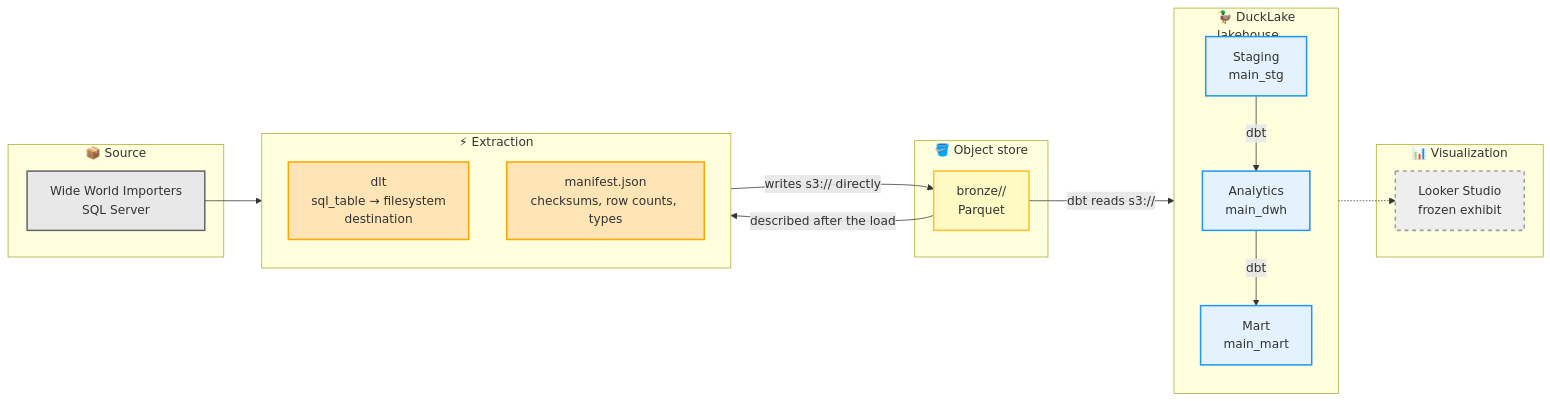
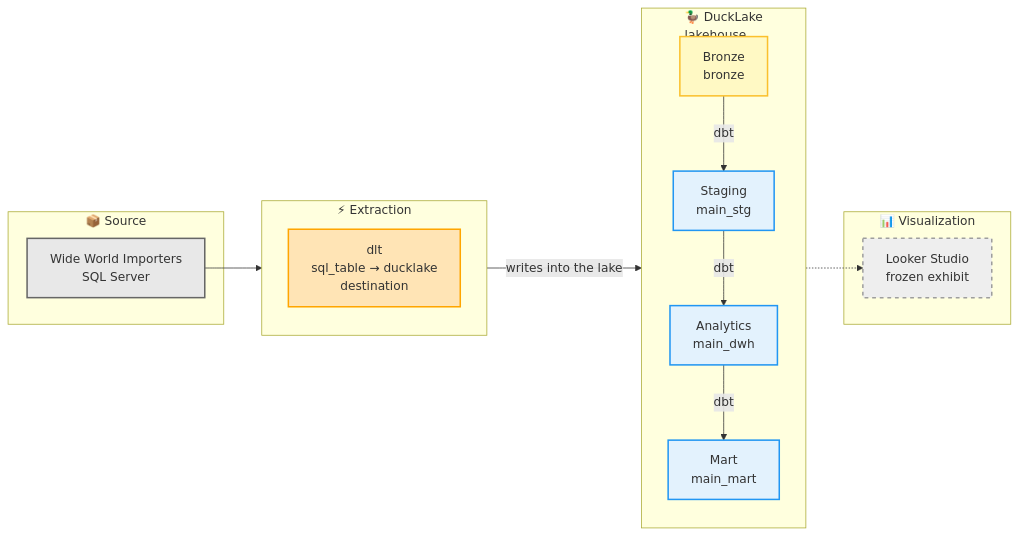
One commit to plat102/pj-dw-wide-world-importers changed the diagram in README.md. Above: the diagram before and after it, drawn with Mermaid. The commit also changed other lines of this file and 7 other files, not shown here.

First line of the commit message:
📝 docs: describe bronze as a layer of the lake

````diff
--- a/README.md
+++ b/README.md
@@ -50,45 +50,39 @@
 ```mermaid
 flowchart LR
     subgraph source["📦 Source"]
         OLTP[Wide World Importers<br/>SQL Server]
     end
 
     subgraph ingest["⚡ Extraction"]
         direction TB
-        DLT[dlt<br/>sql_table → filesystem<br/>destination]
-        MANIFEST[manifest.json<br/>checksums, row counts, types]
-    end
-
-    subgraph store["🪣 Object store"]
-        BRONZE[bronze/<snapshot-id>/<br/>Parquet]
+        DLT[dlt<br/>sql_table → ducklake<br/>destination]
     end
 
     subgraph dwh["🦆 DuckLake<br>lakehouse"]
         direction TB
+        BRONZE[Bronze<br/>bronze]
         STG[Staging<br/>main_stg]
         ANALYTICS[Analytics<br/>main_dwh]
         MART[Mart<br/>main_mart]
 
         STG -->|dbt| ANALYTICS
         ANALYTICS -->|dbt| MART
     end
 
     subgraph bi["📊 Visualization"]
         LOOKER[Looker Studio<br/>frozen exhibit]
     end
 
     OLTP --> DLT
-    DLT -->|writes s3:// directly| BRONZE
-    BRONZE -->|described after the load| MANIFEST
-    BRONZE -->|dbt reads s3://| STG
+    DLT -->|writes into the lake| BRONZE
+    BRONZE -->|dbt| STG
     MART -.-> LOOKER
 
     style OLTP fill:#E8E8E8,stroke:#666,stroke-width:2px,color:#333
     style DLT fill:#FFE4B5,stroke:#FFA500,stroke-width:2px,color:#333
-    style MANIFEST fill:#FFE4B5,stroke:#FFA500,stroke-width:2px,color:#333
     style BRONZE fill:#FFF9C4,stroke:#FBC02D,stroke-width:2px,color:#333
     style STG fill:#E3F2FD,stroke:#2196F3,stroke-width:2px,color:#333
     style ANALYTICS fill:#E3F2FD,stroke:#2196F3,stroke-width:2px,color:#333
     style MART fill:#E3F2FD,stroke:#2196F3,stroke-width:2px,color:#333
     style LOOKER fill:#EEEEEE,stroke:#9E9E9E,stroke-width:2px,stroke-dasharray: 5 5,color:#333
 ```
````
